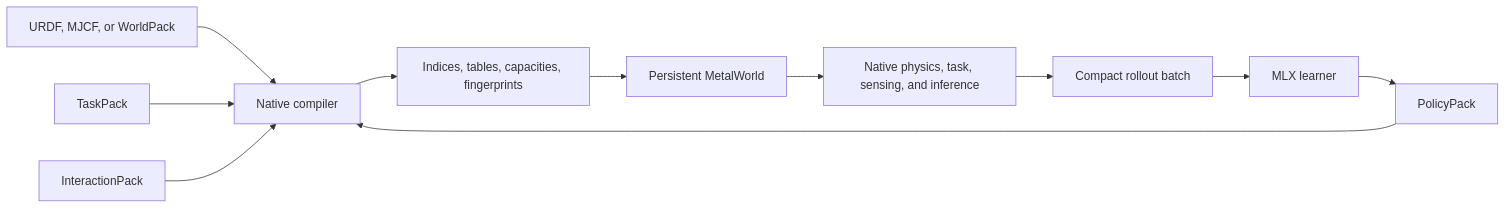
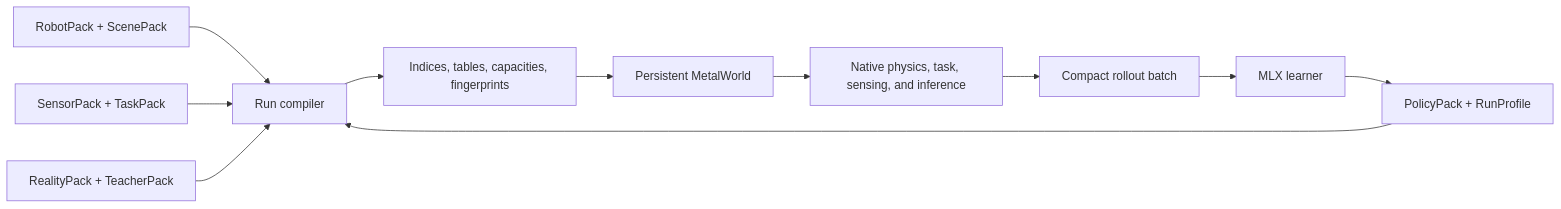
The first of 3 diagrams in docs/WORLD_ENGINE.md (Numi2/numi-lab), drawn with Mermaid before and after one commit. The commit also changed other lines of this file and 22 other files, not shown here.

````diff
--- a/docs/WORLD_ENGINE.md
+++ b/docs/WORLD_ENGINE.md
@@ -9,13 +9,13 @@
 ```mermaid
 flowchart LR
-    A["URDF, MJCF, or WorldPack"] --> E["Native compiler"]
-    B["TaskPack"] --> E
-    C["InteractionPack"] --> E
-    D["PolicyPack"] --> E
+    A["RobotPack + ScenePack"] --> E["Run compiler"]
+    B["SensorPack + TaskPack"] --> E
+    C["RealityPack + TeacherPack"] --> E
+    D["PolicyPack + RunProfile"] --> E
     E --> F["Indices, tables, capacities, fingerprints"]
     F --> G["Persistent MetalWorld"]
     G --> H["Native physics, task, sensing, and inference"]
     H --> I["Compact rollout batch"]
     I --> J["MLX learner"]
     J --> D
 ```
````
